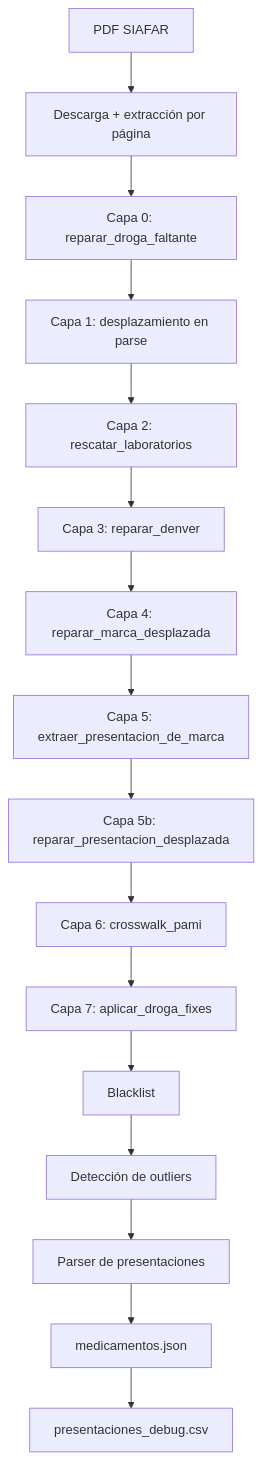
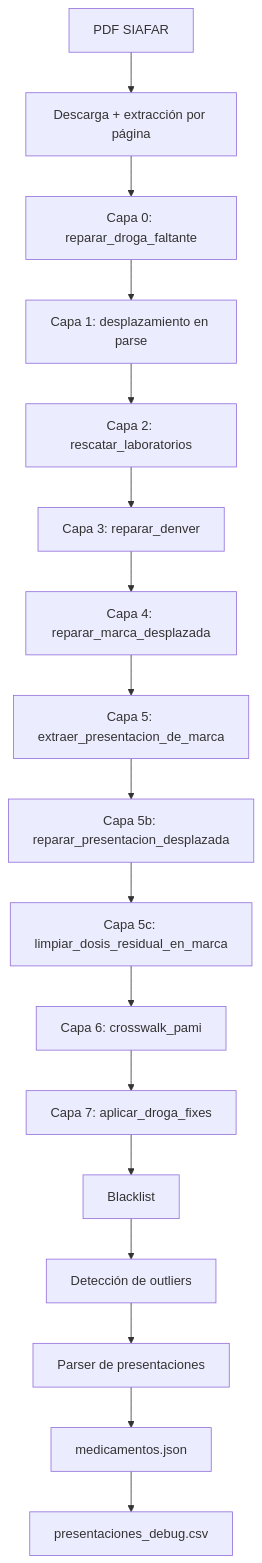
The fourth of 10 diagrams in README.md (psbella/remediar), drawn with Mermaid before and after one commit. The commit also changed other lines of this file, not shown here.

````diff
--- a/README.md
+++ b/README.md
@@ -926,34 +890,36 @@
 ```mermaid
 flowchart TD
 
     A[PDF SIAFAR]
     B[Descarga + extracción por página]
     C0[Capa 0: reparar_droga_faltante]
     C1[Capa 1: desplazamiento en parse]
     C2[Capa 2: rescatar_laboratorios]
     C3[Capa 3: reparar_denver]
     C4[Capa 4: reparar_marca_desplazada]
     C5[Capa 5: extraer_presentacion_de_marca]
     C5B[Capa 5b: reparar_presentacion_desplazada]
+    C5C[Capa 5c: limpiar_dosis_residual_en_marca]
     C6[Capa 6: crosswalk_pami]
     C7[Capa 7: aplicar_droga_fixes]
     BL[Blacklist]
     OUT[Detección de outliers]
     JSON[medicamentos.json]
 
     A --> B
     B --> C0
     C0 --> C1
     C1 --> C2
     C2 --> C3
     C3 --> C4
     C4 --> C5
     C5 --> C5B
-    C5B --> C6
+    C5B --> C5C
+    C5C --> C6
     C6 --> C7
     C7 --> BL
     BL --> OUT
     OUT --> PRES[Parser de presentaciones]
     PRES --> JSON
     JSON --> DEBUG[presentaciones_debug.csv]
 ```
````
